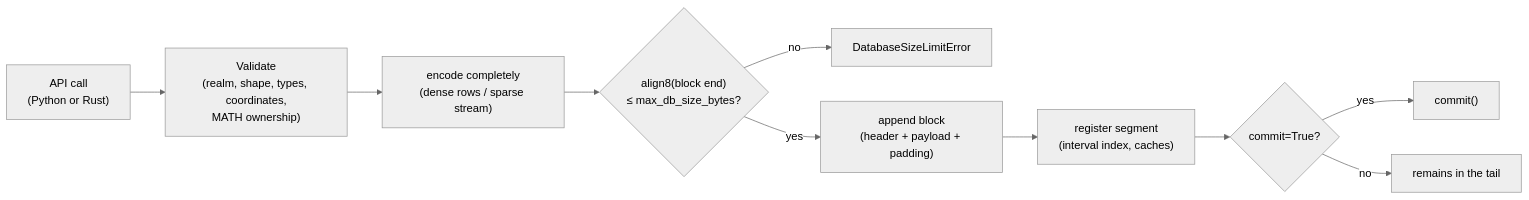
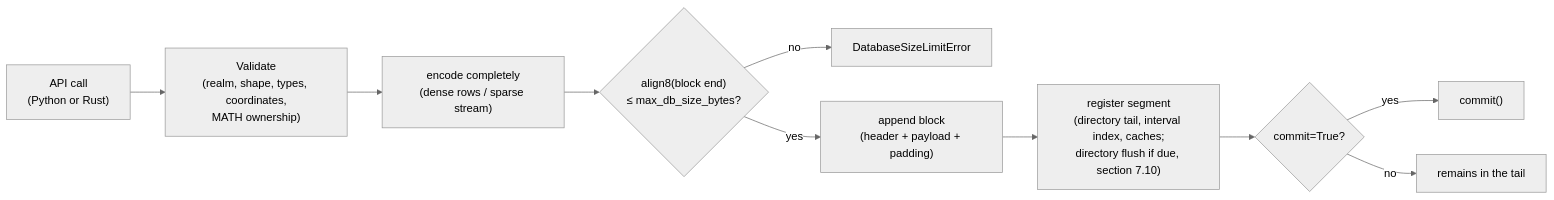
Before and after one commit to nhydb-run4/NHyDB: the fifth of 7 diagrams in docs/en/NHyDB_Technical_Documentation.md, drawn with Mermaid (neutral theme). The commit also changed other lines of this file and 177 other files, not shown here.

````diff
--- a/docs/en/NHyDB_Technical_Documentation.md
+++ b/docs/en/NHyDB_Technical_Documentation.md
@@ -1288,12 +1533,12 @@
 ```mermaid
 flowchart LR
     IN["API call<br/>(Python or Rust)"] --> VAL["Validate<br/>(realm, shape, types, coordinates,<br/>MATH ownership)"]
     VAL --> ENC["encode completely<br/>(dense rows / sparse stream)"]
     ENC --> LIM{"align8(block end)<br/>≤ max_db_size_bytes?"}
     LIM -- no --> ERR["DatabaseSizeLimitError"]
     LIM -- yes --> APP["append block<br/>(header + payload + padding)"]
-    APP --> REG["register segment<br/>(interval index, caches)"]
+    APP --> REG["register segment<br/>(directory tail, interval index, caches;<br/>directory flush if due, section 7.10)"]
     REG --> C{"commit=True?"}
     C -- yes --> COMMIT["commit()"]
     C -- no --> TAIL["remains in the tail"]
 ```
````
